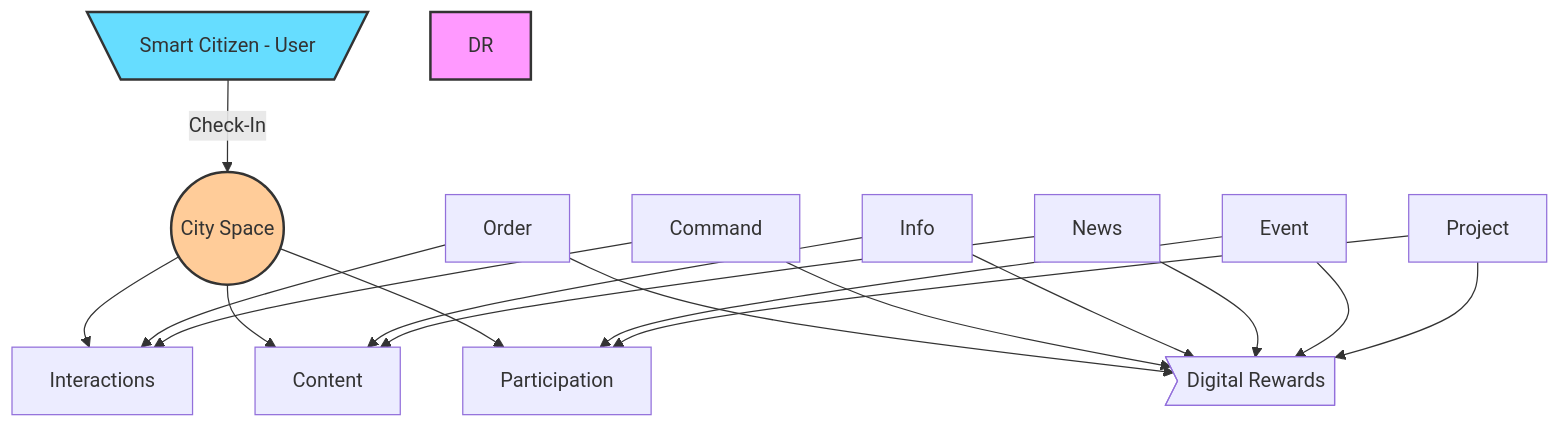
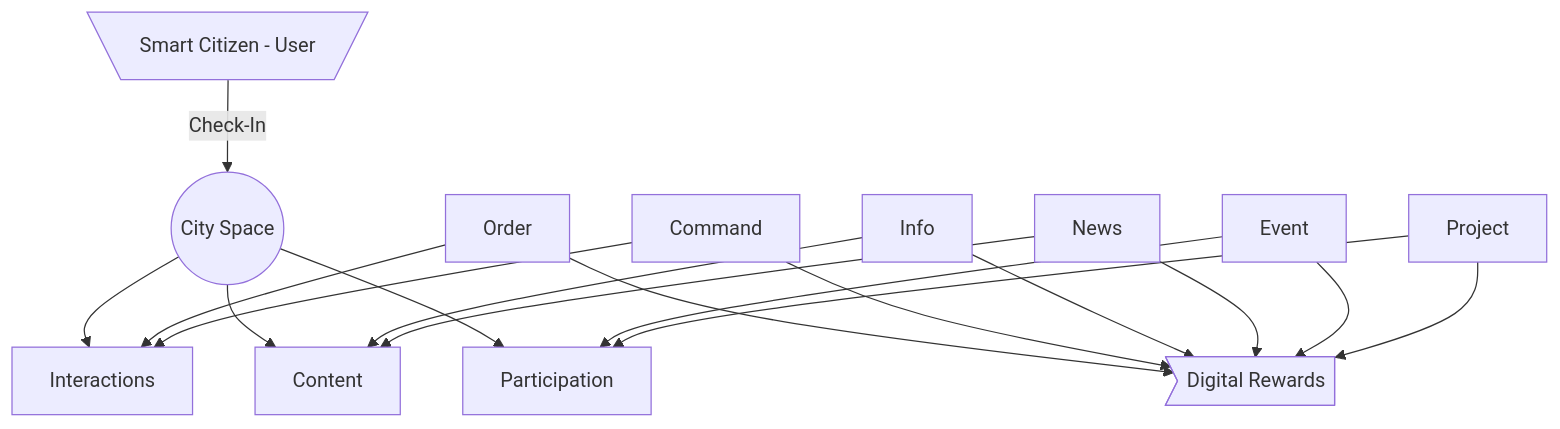
The second of 2 diagrams in pages/elements/city-spaces.md (cityos-work/cityos-dev), drawn with Mermaid before and after one commit.

````diff
--- a/pages/elements/city-spaces.md
+++ b/pages/elements/city-spaces.md
@@ -33,25 +33,20 @@
 ```mermaid
 graph TB;
     U[\Smart Citizen - User/]-- Check-In -->CS((City Space));
     CS-->CSI[Interactions];
     CS-->CSC[Content];
     CS-->CSP[Participation];
     
     ORDER[Order]-->CSI;
     COMMAND[Command]-->CSI;
     INFO[Info]-->CSC;
     NEWS[News]-->CSC;
     EVENT[Event]-->CSP;
     PROJECT[Project]-->CSP;
     ORDER-->REWARD>Digital Rewards];
     COMMAND-->REWARD;
     INFO-->REWARD;
     NEWS-->REWARD;
     EVENT-->REWARD;
     PROJECT-->REWARD;
-    
-    
-    style U fill:#6df,stroke:#333,stroke-width:2px
-    style CS fill:#fc9,stroke:#333,stroke-width:2px
-    style DR fill:#f9f,stroke:#333,stroke-width:2px
 ```
````
